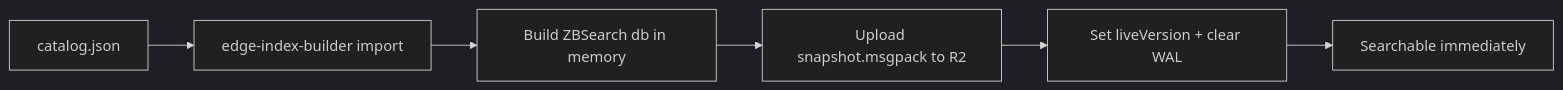
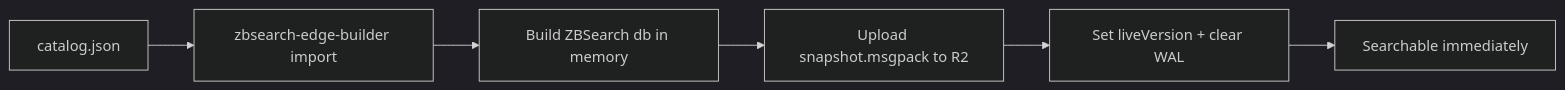
Before and after one commit to micheleriva/zbsearch: the eighth of 9 diagrams in apps/docs/content/blog/deploying-zbsearch-to-cloudflare.mdx, drawn with Mermaid (dark theme). The commit also changed other lines of this file, not shown here.

````diff
--- a/apps/docs/content/blog/deploying-zbsearch-to-cloudflare.mdx
+++ b/apps/docs/content/blog/deploying-zbsearch-to-cloudflare.mdx
@@ -305,8 +322,8 @@
 ```mermaid
 flowchart LR
-  JSON[catalog.json] --> CLI[edge-index-builder import]
+  JSON[catalog.json] --> CLI["zbsearch-edge-builder import"]
   CLI --> Build[Build ZBSearch db in memory]
   Build --> Upload[Upload snapshot.msgpack to R2]
   Upload --> Meta[Set liveVersion + clear WAL]
   Meta --> Live[Searchable immediately]
 ```
````
